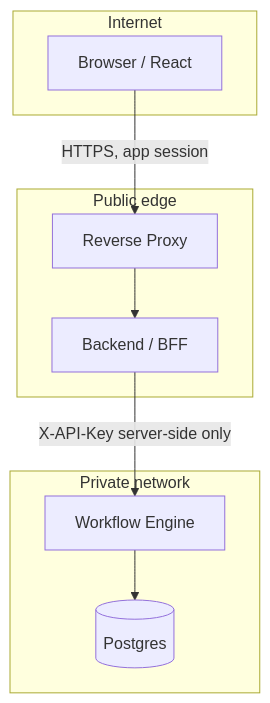
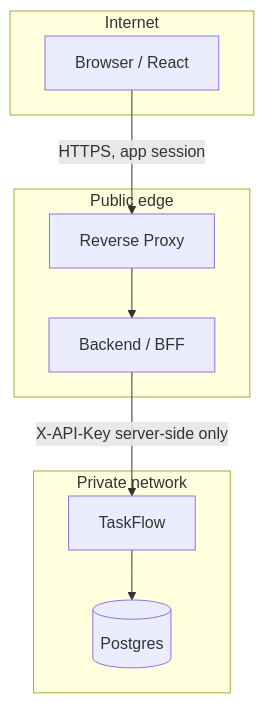
One commit to mortenaho/WorkFlowEngine changed the sixth of 6 diagrams in docs/architecture.md. Above: the diagram before and after it, drawn with Mermaid. The commit also changed other lines of this file and 182 other files, not shown here.

Commit message:
Refactor project structure and rename WorkflowEngine to TaskFlow. Update Dockerfile, README, and documentation to reflect the new naming conventions and project organization. Remove obsolete application components and enhance examples for clarity in usage scenarios.

````diff
--- a/docs/architecture.md
+++ b/docs/architecture.md
@@ -286,17 +312,17 @@
 ```mermaid
 flowchart TB
   subgraph internet [Internet]
     browser[Browser / React]
   end
   subgraph edge [Public edge]
     proxy[Reverse Proxy]
     app[Backend / BFF]
   end
   subgraph private [Private network]
-    engine[Workflow Engine]
+    engine[TaskFlow]
     db[(Postgres)]
   end
   browser -->|"HTTPS, app session"| proxy --> app
   app -->|"X-API-Key server-side only"| engine
   engine --> db
 ```
````
